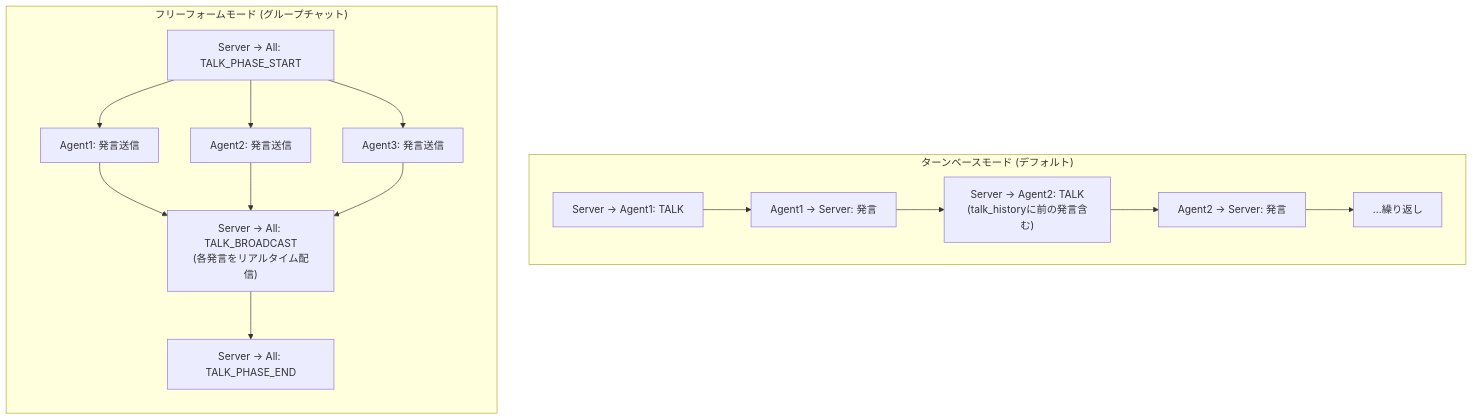
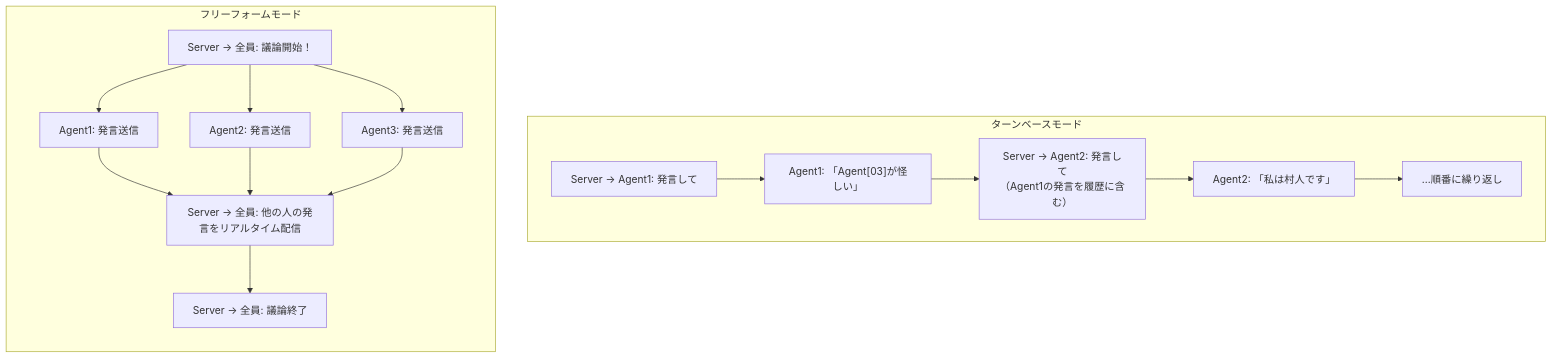
Before and after one commit to iggy157/aiwolf-nlp-systems: the fourth of 4 diagrams in docs/architecture/game-flow.md, drawn with Mermaid. The commit also changed other lines of this file and 2 other files, not shown here.

Commit message:
fix: フロー図修正

````diff
--- a/docs/architecture/game-flow.md
+++ b/docs/architecture/game-flow.md
@@ -169,20 +218,20 @@
 ```mermaid
 graph TB
-    subgraph "ターンベースモード (デフォルト)"
+    subgraph "ターンベースモード"
         direction LR
-        TB1["Server → Agent1: TALK"] --> TB2["Agent1 → Server: 発言"]
-        TB2 --> TB3["Server → Agent2: TALK<br/>(talk_historyに前の発言含む)"]
-        TB3 --> TB4["Agent2 → Server: 発言"]
-        TB4 --> TB5["...繰り返し"]
+        TB1["Server → Agent1: 発言して"] --> TB2["Agent1: 「Agent[03]が怪しい」"]
+        TB2 --> TB3["Server → Agent2: 発言して<br/>（Agent1の発言を履歴に含む）"]
+        TB3 --> TB4["Agent2: 「私は村人です」"]
+        TB4 --> TB5["...順番に繰り返し"]
     end
 
-    subgraph "フリーフォームモード (グループチャット)"
+    subgraph "フリーフォームモード"
         direction TB
-        FF1["Server → All: TALK_PHASE_START"]
+        FF1["Server → 全員: 議論開始！"]
         FF1 --> FF2["Agent1: 発言送信"]
         FF1 --> FF3["Agent2: 発言送信"]
         FF1 --> FF4["Agent3: 発言送信"]
-        FF2 & FF3 & FF4 --> FF5["Server → All: TALK_BROADCAST<br/>(各発言をリアルタイム配信)"]
-        FF5 --> FF6["Server → All: TALK_PHASE_END"]
+        FF2 & FF3 & FF4 --> FF5["Server → 全員: 他の人の発言をリアルタイム配信"]
+        FF5 --> FF6["Server → 全員: 議論終了"]
     end
 ```
````
